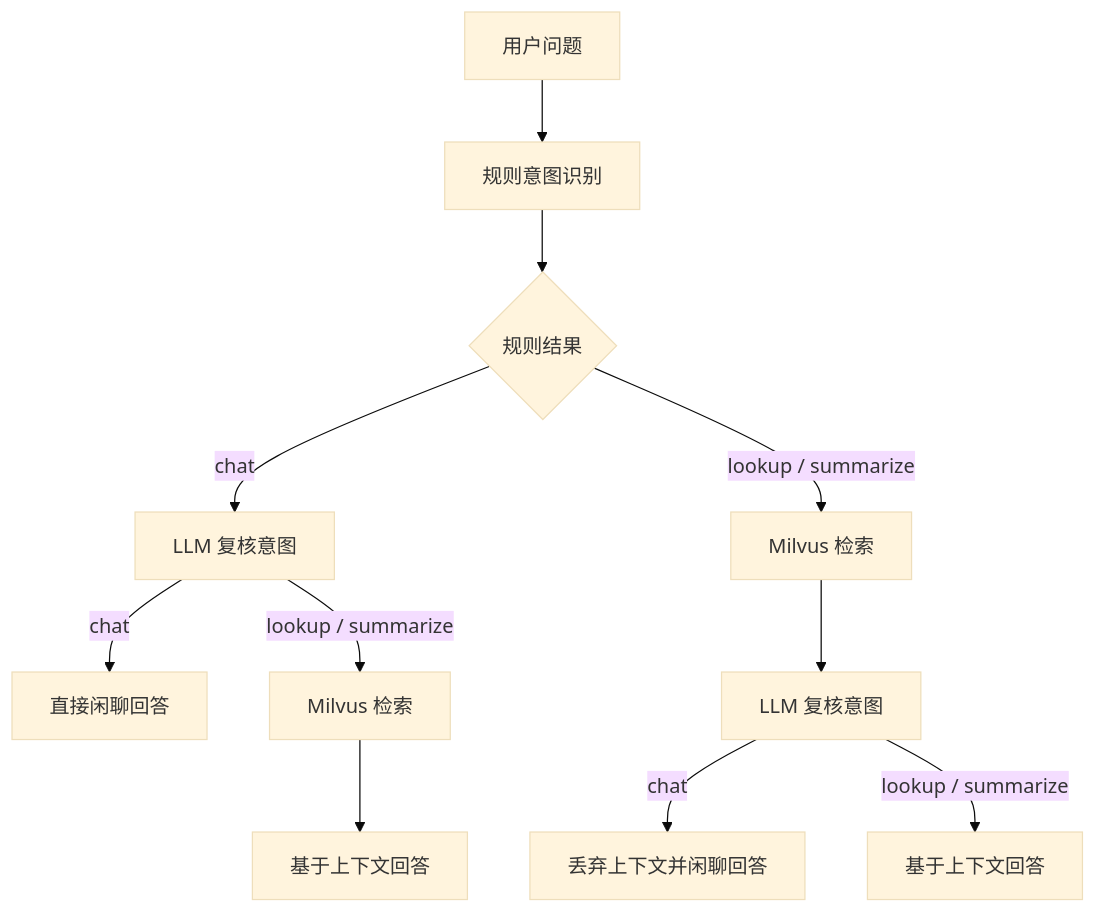
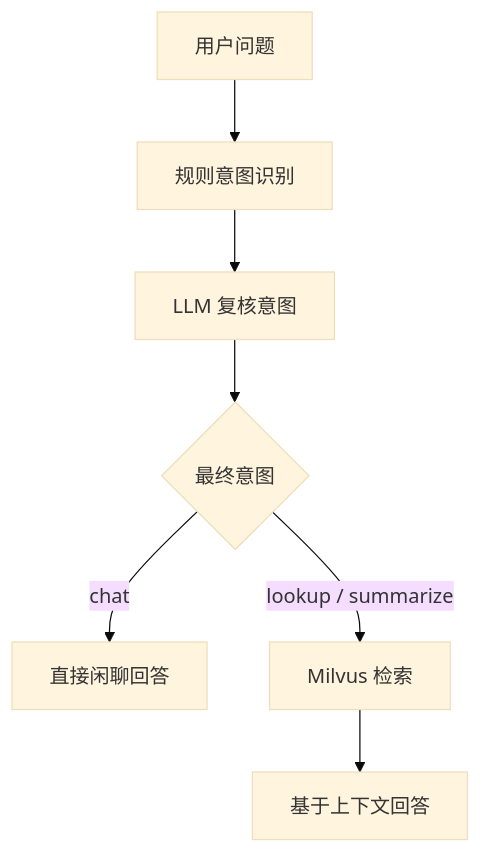
Before and after one commit to szlx23/fabagent-rag: the diagram in README.md, drawn with Mermaid (base theme). The commit also changed other lines of this file and 1 other file, not shown here.

Commit message:
Simplify intent verification flow

````diff
--- a/README.md
+++ b/README.md
@@ -276,15 +274,9 @@
 ```mermaid
 flowchart TD
     A[用户问题] --> B[规则意图识别]
-    B --> C{规则结果}
-
-    C -->|chat| D[LLM 复核意图]
+    B --> C[LLM 复核意图]
+    C --> D{最终意图}
     D -->|chat| E[直接闲聊回答]
     D -->|lookup / summarize| F[Milvus 检索]
     F --> G[基于上下文回答]
-
-    C -->|lookup / summarize| H[Milvus 检索]
-    H --> I[LLM 复核意图]
-    I -->|chat| J[丢弃上下文并闲聊回答]
-    I -->|lookup / summarize| K[基于上下文回答]
 ```
````
